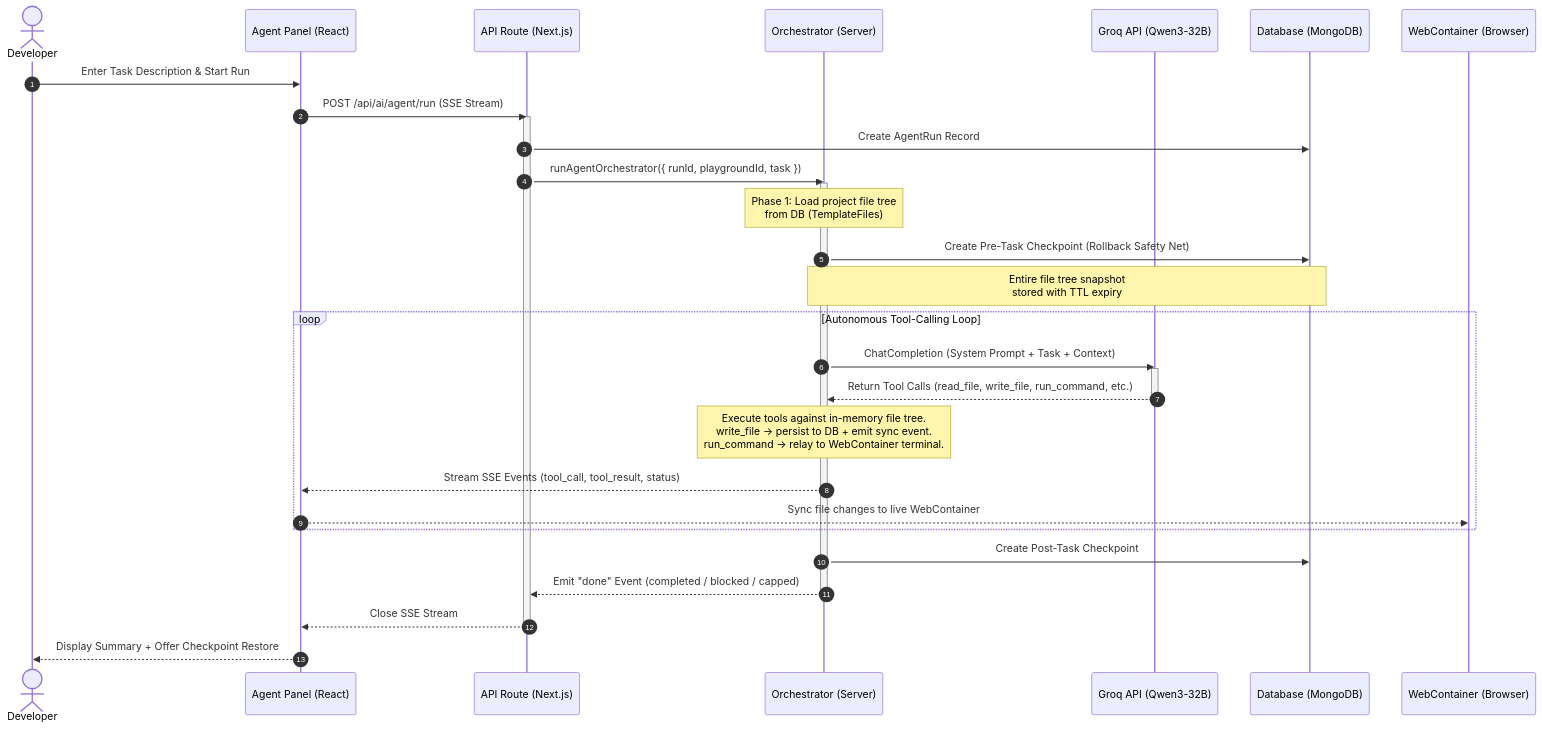
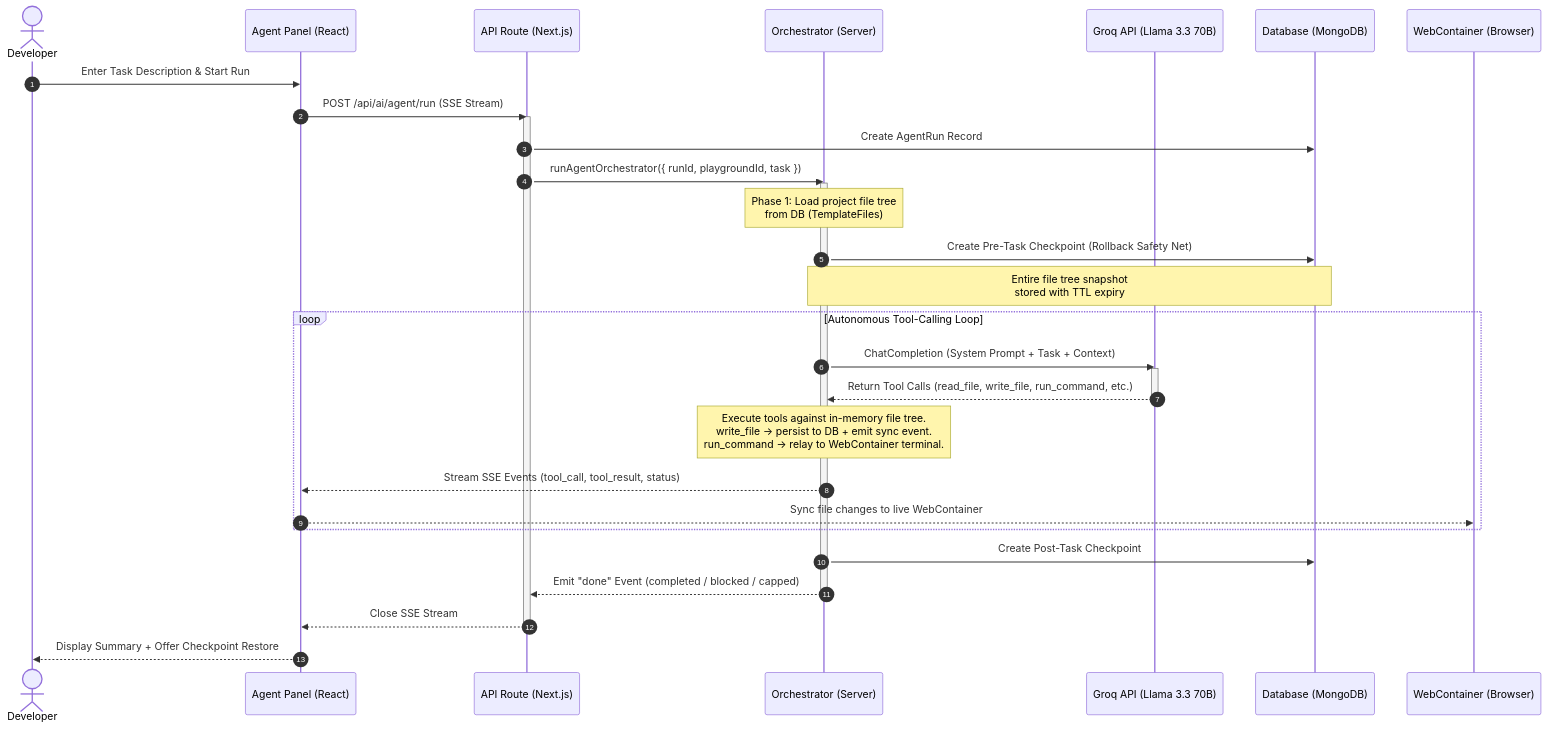
Before and after one commit to princethakarar/DevPilot: the second of 2 diagrams in README.md, drawn with Mermaid. The commit also changed other lines of this file, not shown here.

````diff
--- a/README.md
+++ b/README.md
@@ -90,38 +90,38 @@
 ```mermaid
 sequenceDiagram
     autonumber
     actor Dev as Developer
     participant UI as Agent Panel (React)
     participant API as API Route (Next.js)
     participant Orch as Orchestrator (Server)
-    participant LLM as Groq API (Qwen3-32B)
+    participant LLM as Groq API (Llama 3.3 70B)
     participant DB as Database (MongoDB)
     participant WC as WebContainer (Browser)
 
     Dev->>UI: Enter Task Description & Start Run
     UI->>API: POST /api/ai/agent/run (SSE Stream)
     activate API
     API->>DB: Create AgentRun Record
     API->>Orch: runAgentOrchestrator({ runId, playgroundId, task })
     activate Orch
     Note over Orch: Phase 1: Load project file tree<br/>from DB (TemplateFiles)
     Orch->>DB: Create Pre-Task Checkpoint (Rollback Safety Net)
     Note over Orch,DB: Entire file tree snapshot<br/>stored with TTL expiry
 
     loop Autonomous Tool-Calling Loop
         Orch->>LLM: ChatCompletion (System Prompt + Task + Context)
         activate LLM
         LLM-->>Orch: Return Tool Calls (read_file, write_file, run_command, etc.)
         deactivate LLM
         Note over Orch: Execute tools against in-memory file tree.<br/>write_file → persist to DB + emit sync event.<br/>run_command → relay to WebContainer terminal.
         Orch-->>UI: Stream SSE Events (tool_call, tool_result, status)
         UI-->>WC: Sync file changes to live WebContainer
     end
 
     Orch->>DB: Create Post-Task Checkpoint
     Orch-->>API: Emit "done" Event (completed / blocked / capped)
     deactivate Orch
     API-->>UI: Close SSE Stream
     deactivate API
     UI-->>Dev: Display Summary + Offer Checkpoint Restore
 ```
````
